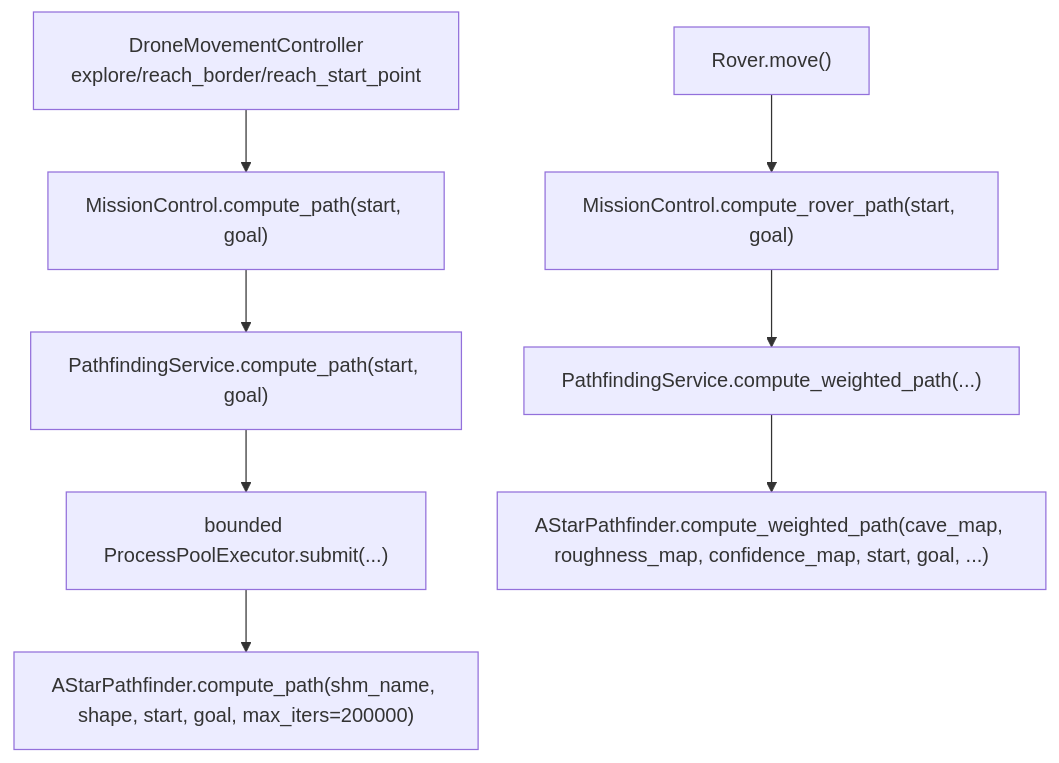
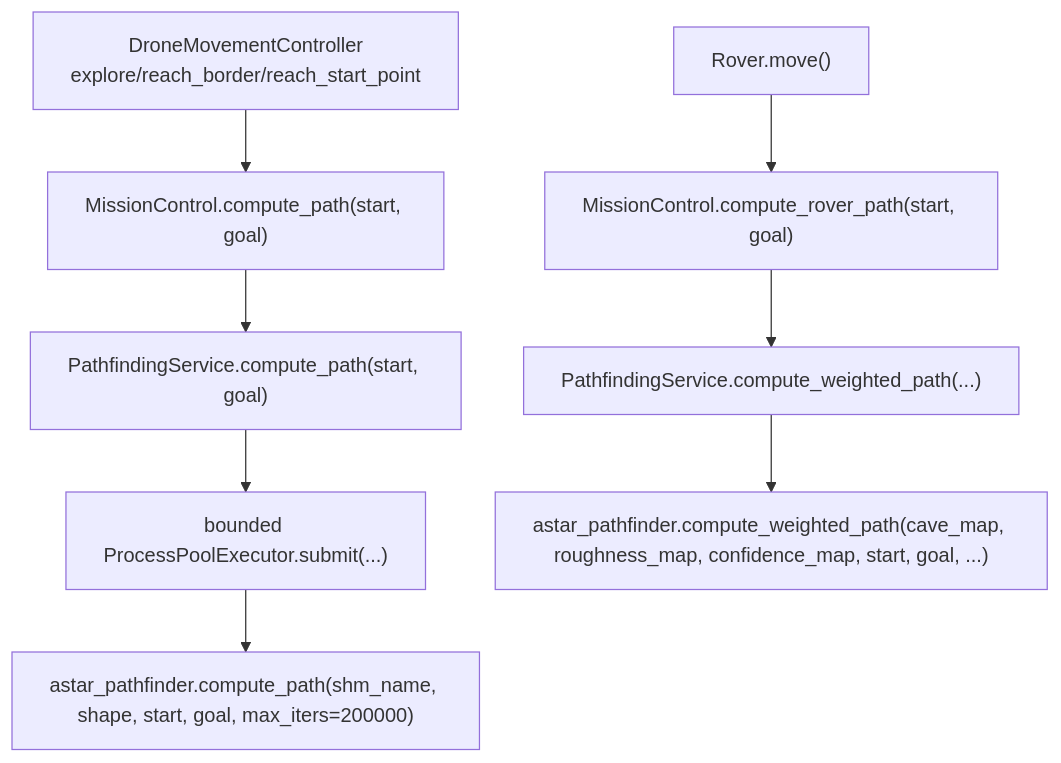
Before and after one commit to Gmark117/Cave_Game: the tenth of 14 diagrams in CODEFLOW.md, drawn with Mermaid. The commit also changed other lines of this file and 117 other files, not shown here.

````diff
--- a/CODEFLOW.md
+++ b/CODEFLOW.md
@@ -664,15 +664,15 @@
 ```mermaid
 flowchart TD
     Drone["DroneMovementController<br/>explore/reach_border/reach_start_point"]
     Compute["MissionControl.compute_path(start, goal)"]
     Service["PathfindingService.compute_path(start, goal)"]
     Pool["bounded ProcessPoolExecutor.submit(...)"]
-    Shared["AStarPathfinder.compute_path(shm_name, shape, start, goal, max_iters=200000)"]
-    Weighted["AStarPathfinder.compute_weighted_path(cave_map, roughness_map, confidence_map, start, goal, ...)"]
+    Shared["astar_pathfinder.compute_path(shm_name, shape, start, goal, max_iters=200000)"]
+    Weighted["astar_pathfinder.compute_weighted_path(cave_map, roughness_map, confidence_map, start, goal, ...)"]
     Rover["Rover.move()"]
     RoverControl["MissionControl.compute_rover_path(start, goal)"]
     RoverService["PathfindingService.compute_weighted_path(...)"]
 
     Drone --> Compute --> Service --> Pool --> Shared
     Rover --> RoverControl --> RoverService --> Weighted
 ```
````
